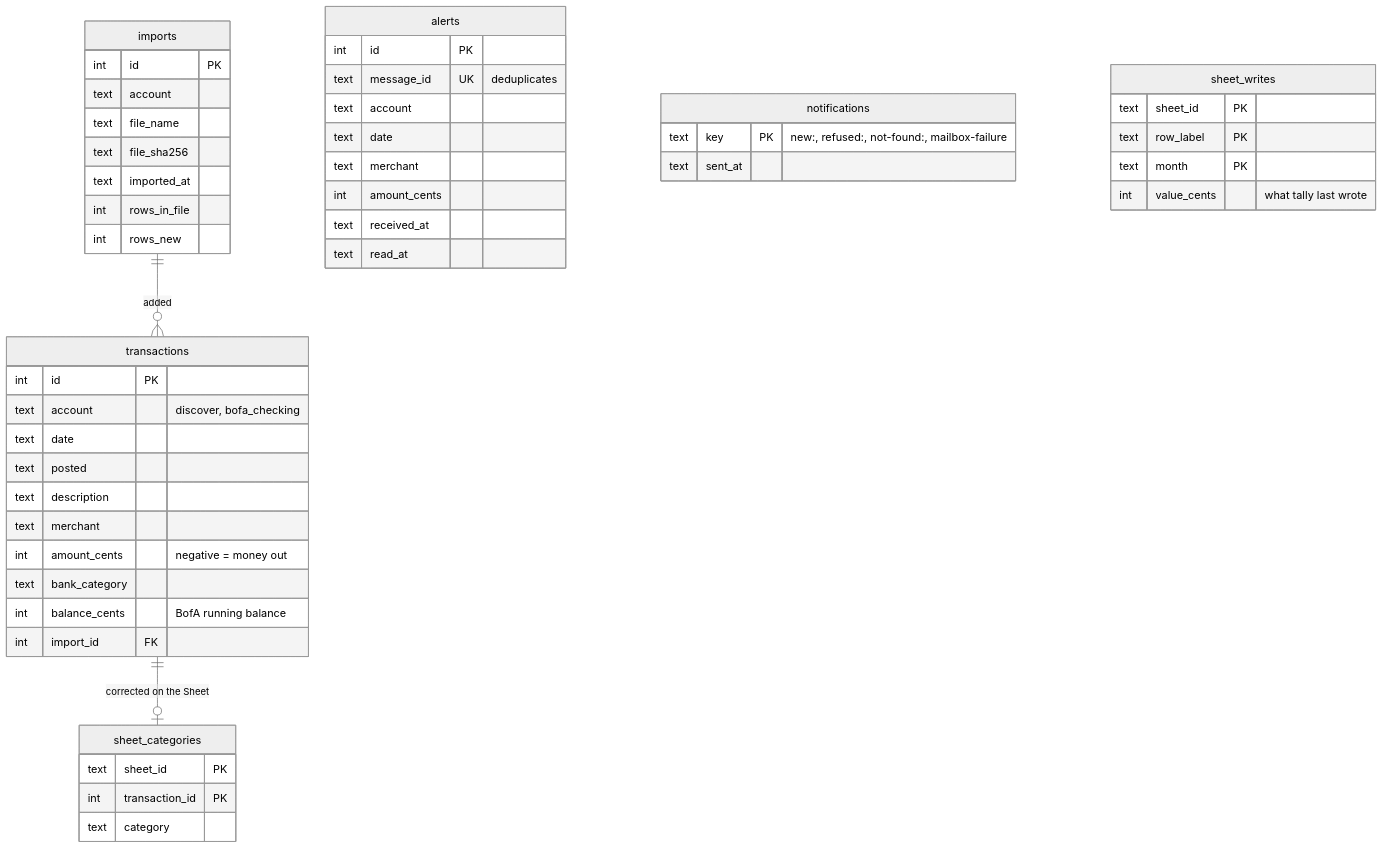
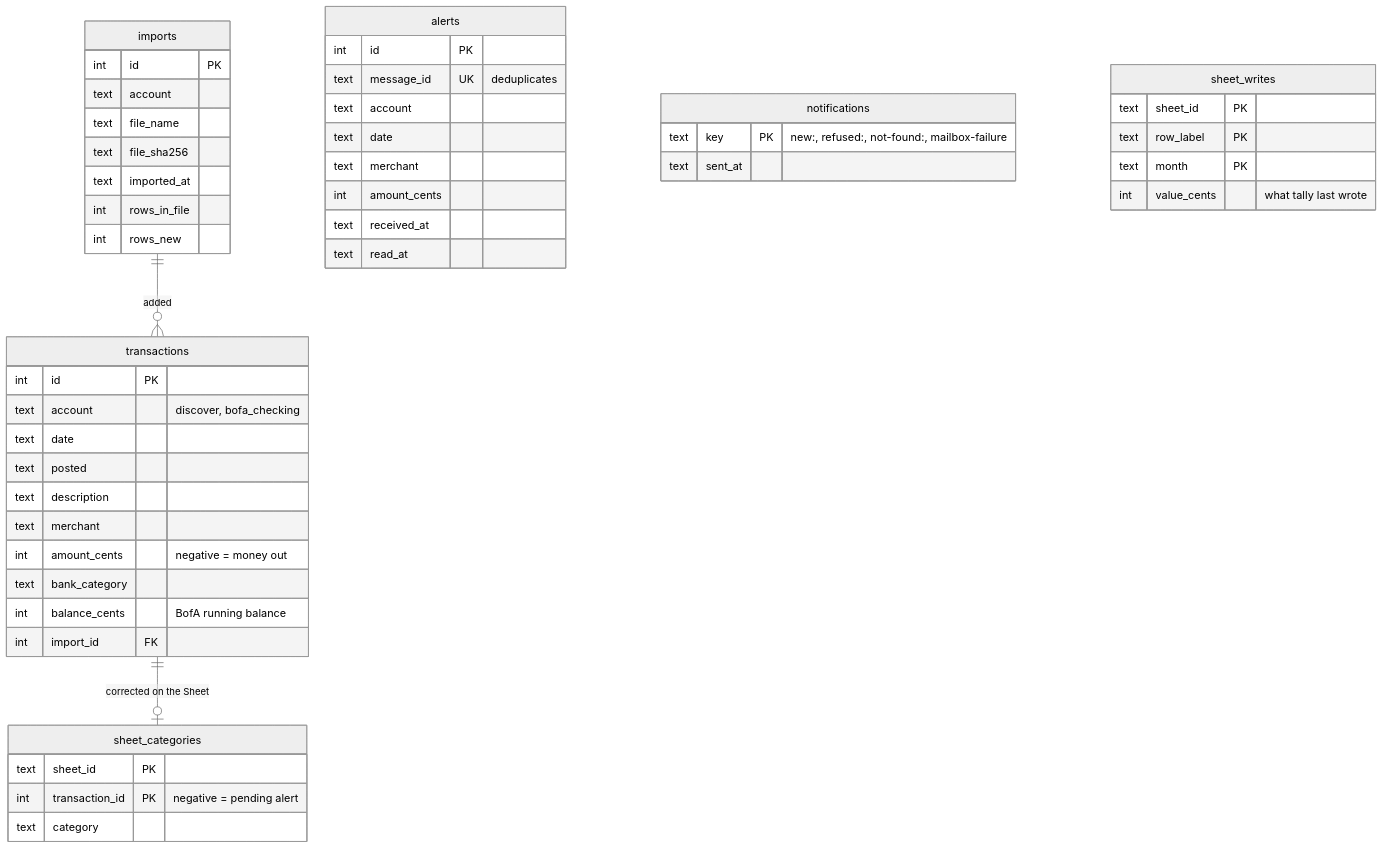
The fifth of 6 diagrams in docs/architecture.md (vmenon04/tally), drawn with Mermaid (neutral theme) before and after one commit. The commit also changed other lines of this file and 9 other files, not shown here.

````diff
--- a/docs/architecture.md
+++ b/docs/architecture.md
@@ -215,52 +220,52 @@
 ```mermaid
 erDiagram
     imports ||--o{ transactions : "added"
     transactions ||--o| sheet_categories : "corrected on the Sheet"
 
     imports {
         int id PK
         text account
         text file_name
         text file_sha256
         text imported_at
         int rows_in_file
         int rows_new
     }
     transactions {
         int id PK
         text account "discover, bofa_checking"
         text date
         text posted
         text description
         text merchant
         int amount_cents "negative = money out"
         text bank_category
         int balance_cents "BofA running balance"
         int import_id FK
     }
     alerts {
         int id PK
         text message_id UK "deduplicates"
         text account
         text date
         text merchant
         int amount_cents
         text received_at
         text read_at
     }
     notifications {
         text key PK "new:, refused:, not-found:, mailbox-failure"
         text sent_at
     }
     sheet_writes {
         text sheet_id PK
         text row_label PK
         text month PK
         int value_cents "what tally last wrote"
     }
     sheet_categories {
         text sheet_id PK
-        int transaction_id PK
+        int transaction_id PK "negative = pending alert"
         text category
     }
 ```
````
